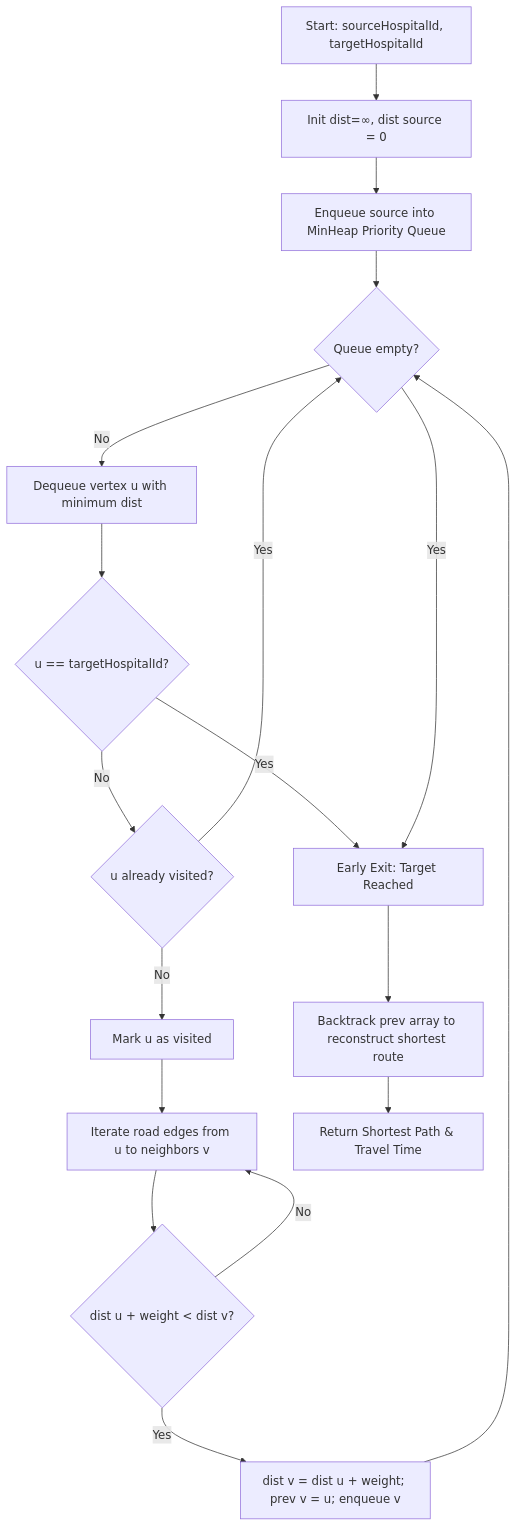
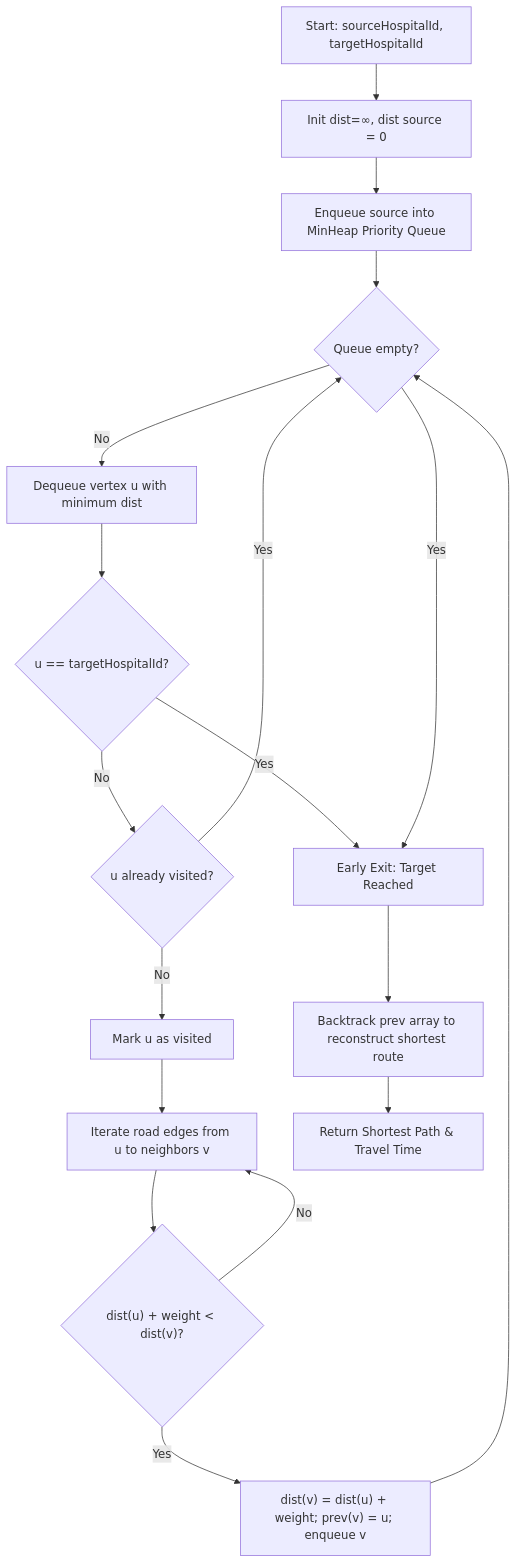
The second of 7 diagrams in docs-site/src/content/docs/service-operations/flowcharts-pseudocode.md (Septagon-Systems/Hospital-Service-DSA), drawn with Mermaid before and after one commit. The commit also changed other lines of this file and 1 other file, not shown here.

Commit message:
docs(flowcharts): refine multi-queue dispatch operation and fix table complexity notation

````diff
--- a/docs-site/src/content/docs/service-operations/flowcharts-pseudocode.md
+++ b/docs-site/src/content/docs/service-operations/flowcharts-pseudocode.md
@@ -133,20 +177,20 @@
 ```mermaid
 flowchart TD
     A[Start: sourceHospitalId, targetHospitalId] --> B[Init dist=∞, dist source = 0]
     B --> C[Enqueue source into MinHeap Priority Queue]
     C --> D{Queue empty?}
     D -- No --> E[Dequeue vertex u with minimum dist]
     E --> F{u == targetHospitalId?}
     F -- Yes --> G[Early Exit: Target Reached]
     F -- No --> H{u already visited?}
     H -- Yes --> D
     H -- No --> I[Mark u as visited]
     I --> J[Iterate road edges from u to neighbors v]
-    J --> K{dist u + weight < dist v?}
-    K -- Yes --> L[dist v = dist u + weight; prev v = u; enqueue v]
+    J --> K{"dist(u) + weight < dist(v)?"}
+    K -- Yes --> L["dist(v) = dist(u) + weight; prev(v) = u; enqueue v"]
     K -- No --> J
     L --> D
     D -- Yes --> G
     G --> M[Backtrack prev array to reconstruct shortest route]
     M --> N[Return Shortest Path & Travel Time]
 ```
````
